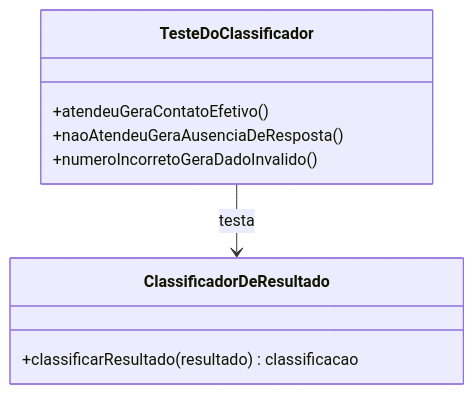
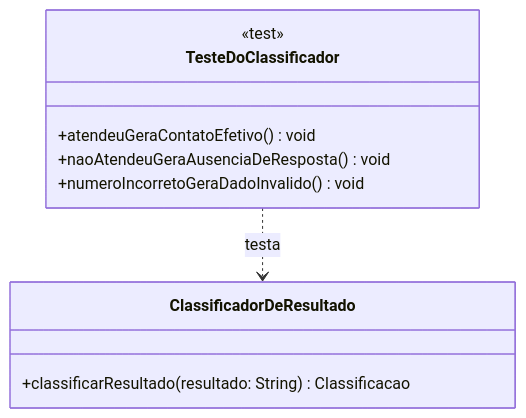
One commit to DiogoBAguiar/atividade-testes-software changed the second of 14 diagrams in README.md. Above: the diagram before and after it, drawn with Mermaid.

Commit message:
Atualizar o README.md-teste unitário
Ajuste teste unitário

````diff
--- a/README.md
+++ b/README.md
@@ -77,13 +77,16 @@
 ```mermaid
 classDiagram
     class ClassificadorDeResultado {
-        +classificarResultado(resultado) classificacao
-    }
-    class TesteDoClassificador {
-        +atendeuGeraContatoEfetivo()
-        +naoAtendeuGeraAusenciaDeResposta()
-        +numeroIncorretoGeraDadoInvalido()
+        +classificarResultado(resultado: String) Classificacao
     }
 
-    TesteDoClassificador --> ClassificadorDeResultado : testa
+    class TesteDoClassificador {
+        <<test>>
+        +atendeuGeraContatoEfetivo() void
+        +naoAtendeuGeraAusenciaDeResposta() void
+        +numeroIncorretoGeraDadoInvalido() void
+    }
+
+    TesteDoClassificador ..> ClassificadorDeResultado : testa
+
 ```
````
